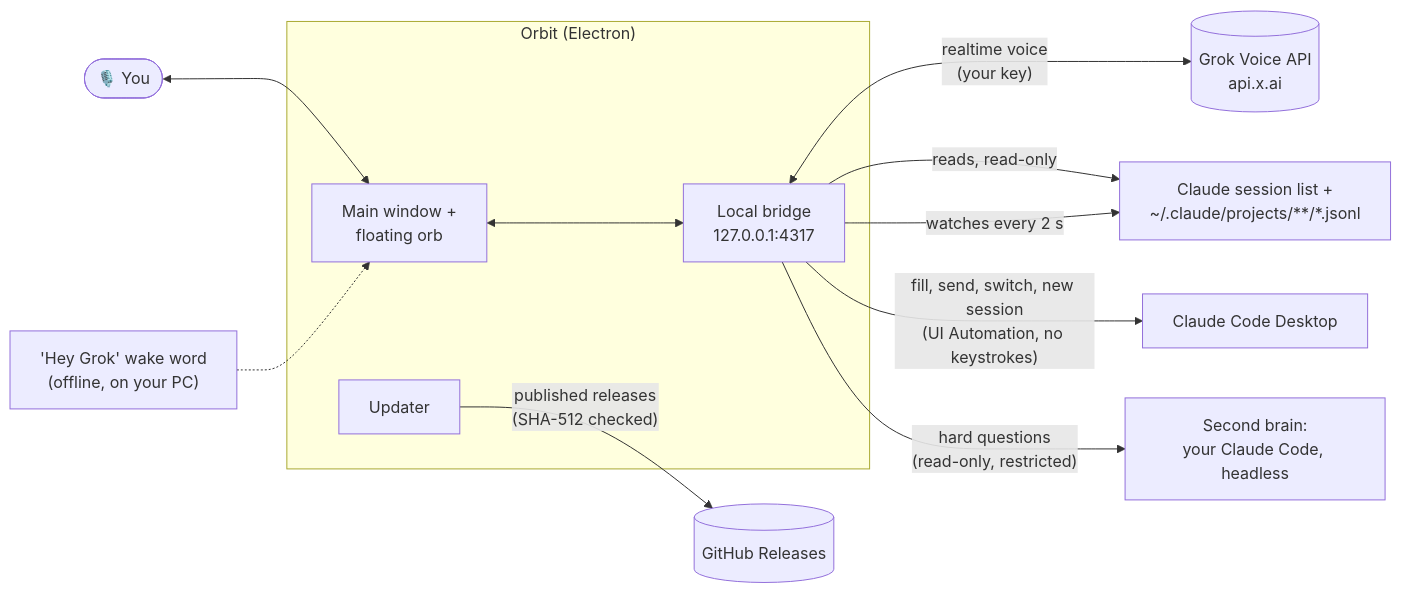
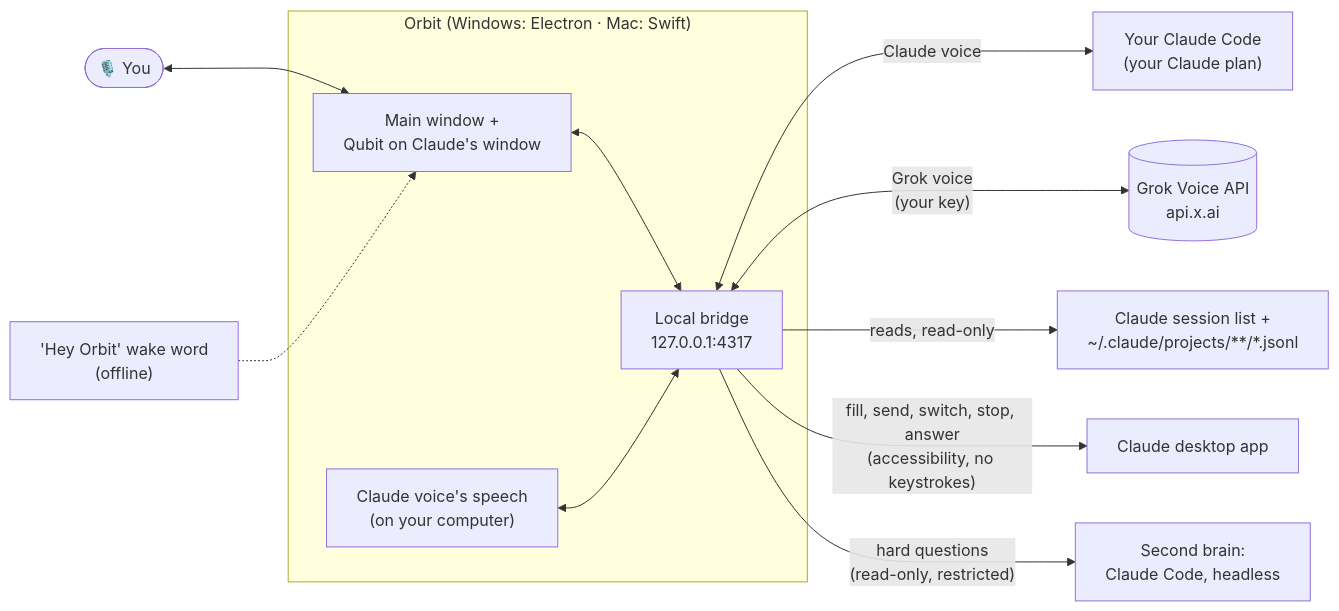
The diagram in README.md (Cookiebubba/orbit-voice), drawn with Mermaid before and after one commit. The commit also changed other lines of this file and 1 other file, not shown here.

First line of the commit message:
README: Orbit first, both apps, with Qubit animated at the top

````diff
--- a/README.md
+++ b/README.md
@@ -99,15 +105,14 @@
 ```mermaid
 flowchart LR
-  you(["🎙️ You"]) <--> ui
-  subgraph orbit["Orbit (Electron)"]
-    ui["Main window +<br/>floating orb"] <--> bridge["Local bridge<br/>127.0.0.1:4317"]
-    updater["Updater"]
+  you(["🎙️ You"]) <--> app
+  subgraph orbit["Orbit (Windows: Electron · Mac: Swift)"]
+    app["Main window +<br/>Qubit on Claude's window"] <--> bridge["Local bridge<br/>127.0.0.1:4317"]
+    speech["Claude voice's speech<br/>(on your computer)"] <--> bridge
   end
-  bridge <-->|"realtime voice<br/>(your key)"| grok[("Grok Voice API<br/>api.x.ai")]
+  bridge <-->|"Claude voice"| cc["Your Claude Code<br/>(your Claude plan)"]
+  bridge <-->|"Grok voice<br/>(your key)"| grok[("Grok Voice API<br/>api.x.ai")]
   bridge -->|"reads, read-only"| files["Claude session list +<br/>~/.claude/projects/**/*.jsonl"]
-  bridge -->|"watches every 2 s"| files
-  bridge -->|"fill, send, switch, new session<br/>(UI Automation, no keystrokes)"| claude["Claude Code Desktop"]
-  bridge -->|"hard questions<br/>(read-only, restricted)"| brain["Second brain:<br/>your Claude Code, headless"]
-  updater -->|"published releases<br/>(SHA-512 checked)"| releases[("GitHub Releases")]
-  wake["'Hey Grok' wake word<br/>(offline, on your PC)"] -.-> ui
+  bridge -->|"fill, send, switch, stop, answer<br/>(accessibility, no keystrokes)"| claude["Claude desktop app"]
+  bridge -->|"hard questions<br/>(read-only, restricted)"| brain["Second brain:<br/>Claude Code, headless"]
+  wake["'Hey Orbit' wake word<br/>(offline)"] -.-> app
 ```
````
